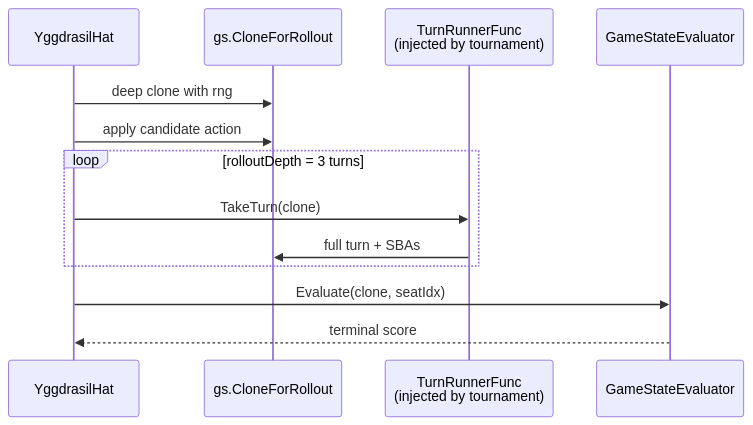
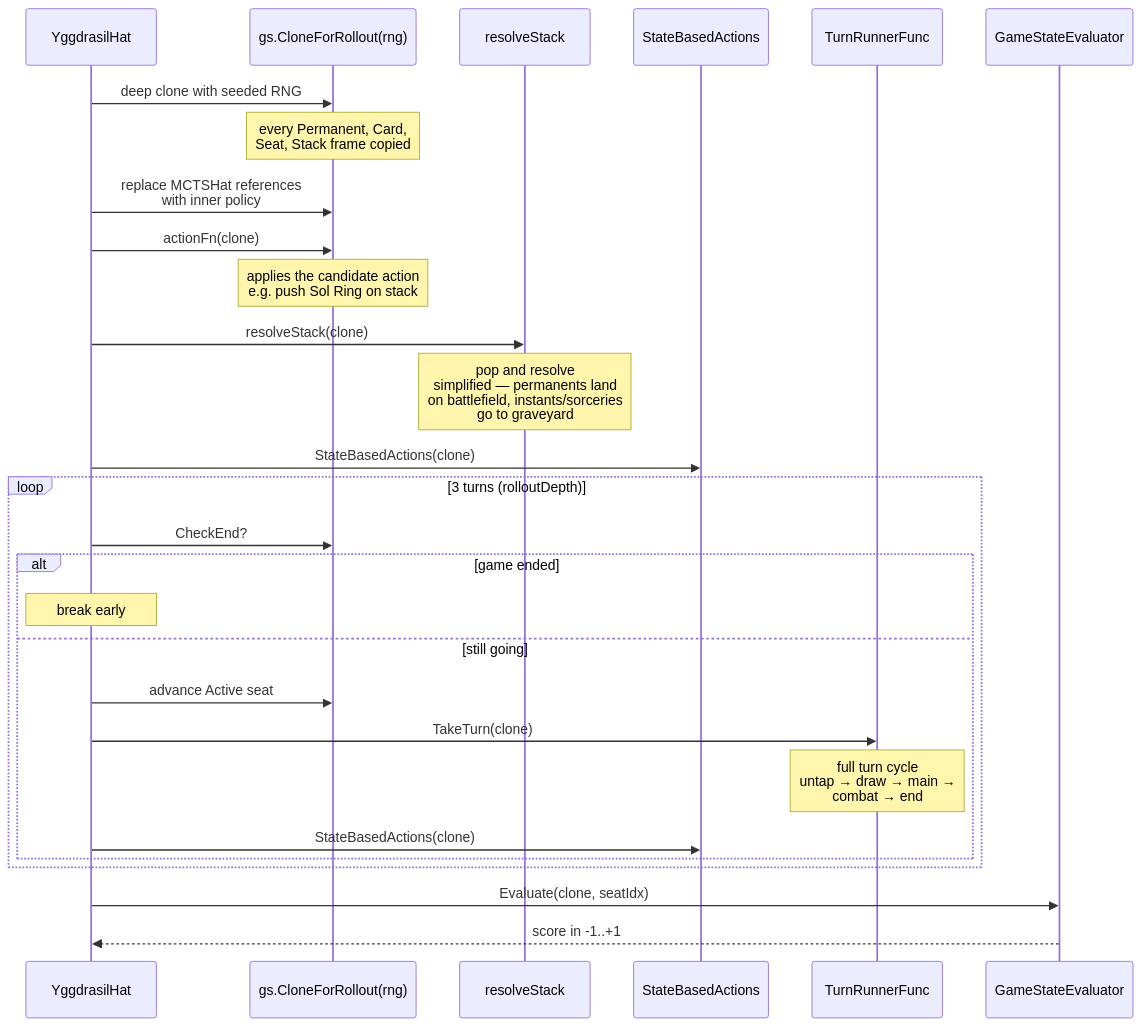
Before and after one commit to HexDek/HexDek: the third of 3 diagrams in docs/MCTS and Yggdrasil.md, drawn with Mermaid. The commit also changed other lines of this file and 17 other files, not shown here.

````diff
--- a/docs/MCTS and Yggdrasil.md
+++ b/docs/MCTS and Yggdrasil.md
@@ -40,16 +136,33 @@
 ```mermaid
 sequenceDiagram
     participant Hat as YggdrasilHat
-    participant Clone as gs.CloneForRollout
-    participant Runner as TurnRunnerFunc<br/>(injected by tournament)
+    participant Clone as gs.CloneForRollout(rng)
+    participant Stack as resolveStack
+    participant SBA as StateBasedActions
+    participant Runner as TurnRunnerFunc
     participant Eval as GameStateEvaluator
 
-    Hat->>Clone: deep clone with rng
-    Hat->>Clone: apply candidate action
-    loop rolloutDepth = 3 turns
-        Hat->>Runner: TakeTurn(clone)
-        Runner->>Clone: full turn + SBAs
+    Hat->>Clone: deep clone with seeded RNG
+    Note over Clone: every Permanent, Card,<br/>Seat, Stack frame copied
+    Hat->>Clone: replace MCTSHat references<br/>with inner policy
+    Hat->>Clone: actionFn(clone)
+    Note over Clone: applies the candidate action<br/>e.g. push Sol Ring on stack
+    Hat->>Stack: resolveStack(clone)
+    Note over Stack: pop and resolve<br/>simplified — permanents land<br/>on battlefield, instants/sorceries<br/>go to graveyard
+    Hat->>SBA: StateBasedActions(clone)
+
+    loop 3 turns (rolloutDepth)
+        Hat->>Clone: CheckEnd?
+        alt game ended
+            Note over Hat: break early
+        else still going
+            Hat->>Clone: advance Active seat
+            Hat->>Runner: TakeTurn(clone)
+            Note over Runner: full turn cycle<br/>untap → draw → main →<br/>combat → end
+            Hat->>SBA: StateBasedActions(clone)
+        end
     end
+
     Hat->>Eval: Evaluate(clone, seatIdx)
-    Eval-->>Hat: terminal score
+    Eval-->>Hat: score in -1..+1
 ```
````
